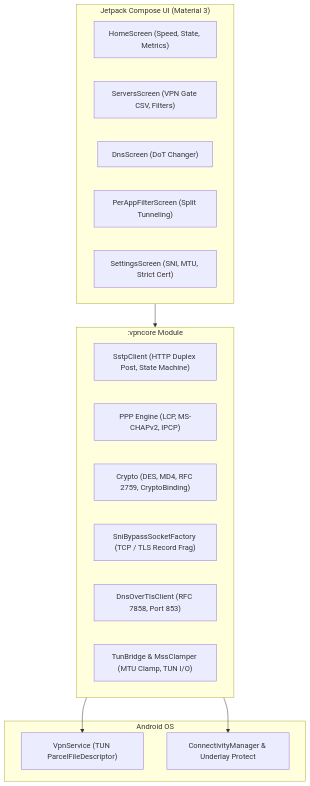
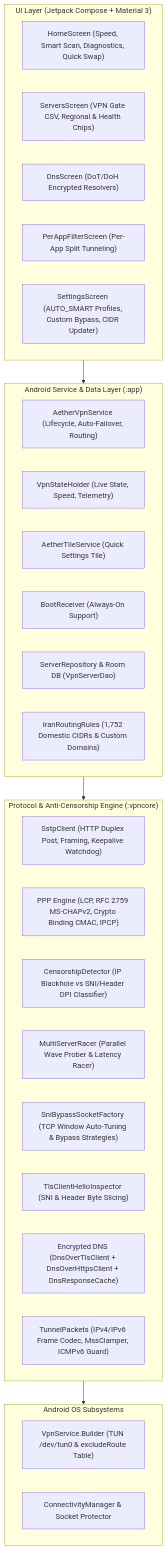
One commit to hadi3146/vpn changed the diagram in README.md. Above: the diagram before and after it, drawn with Mermaid. The commit also changed other lines of this file and 110 other files, not shown here.

Commit message:
feat: Implement SoftEther Native Multi-TCP protocol, GitHub mirror priority fetching, and live verification

````diff
--- a/README.md
+++ b/README.md
@@ -7,28 +42,39 @@
 ```mermaid
 flowchart TD
-    subgraph UI ["Jetpack Compose UI (Material 3)"]
-        Home["HomeScreen (Speed, State, Metrics)"]
-        Servers["ServersScreen (VPN Gate CSV, Filters)"]
-        DNS["DnsScreen (DoT Changer)"]
-        Apps["PerAppFilterScreen (Split Tunneling)"]
-        Settings["SettingsScreen (SNI, MTU, Strict Cert)"]
+    subgraph UI ["UI Layer (Jetpack Compose + Material 3)"]
+        Home["HomeScreen (Speed, Smart Scan, Diagnostics, Quick Swap)"]
+        Servers["ServersScreen (VPN Gate CSV, Regional & Health Chips)"]
+        DNS["DnsScreen (DoT/DoH Encrypted Resolvers)"]
+        Apps["PerAppFilterScreen (Per-App Split Tunneling)"]
+        Settings["SettingsScreen (AUTO_SMART Profiles, Custom Bypass, CIDR Updater)"]
     end
 
-    subgraph Core [":vpncore Module"]
-        SSTP["SstpClient (HTTP Duplex Post, State Machine)"]
-        PPP["PPP Engine (LCP, MS-CHAPv2, IPCP)"]
-        Crypto["Crypto (DES, MD4, RFC 2759, CryptoBinding)"]
-        SNI["SniBypassSocketFactory (TCP / TLS Record Frag)"]
-        DoT["DnsOverTlsClient (RFC 7858, Port 853)"]
-        TunBridge["TunBridge & MssClamper (MTU Clamp, TUN I/O)"]
+    subgraph AppService ["Android Service & Data Layer (:app)"]
+        VpnService["AetherVpnService (Lifecycle, Auto-Failover, Routing)"]
+        StateHolder["VpnStateHolder (Live State, Speed, Telemetry)"]
+        TileService["AetherTileService (Quick Settings Tile)"]
+        Boot["BootReceiver (Always-On Support)"]
+        Repo["ServerRepository & Room DB (VpnServerDao)"]
+        Rules["IranRoutingRules (1,752 Domestic CIDRs & Custom Domains)"]
     end
 
-    subgraph AndroidOS ["Android OS"]
-        VpnService["VpnService (TUN ParcelFileDescriptor)"]
-        NetCallback["ConnectivityManager & Underlay Protect"]
+    subgraph CoreEngine ["Protocol & Anti-Censorship Engine (:vpncore)"]
+        SSTP["SstpClient (HTTP Duplex Post, Framing, Keepalive Watchdog)"]
+        PPP["PPP Engine (LCP, RFC 2759 MS-CHAPv2, Crypto Binding CMAC, IPCP)"]
+        Censorship["CensorshipDetector (IP Blackhole vs SNI/Header DPI Classifier)"]
+        Racer["MultiServerRacer (Parallel Wave Prober & Latency Racer)"]
+        SNIFactory["SniBypassSocketFactory (TCP Window Auto-Tuning & Bypass Strategies)"]
+        Inspector["TlsClientHelloInspector (SNI & Header Byte Slicing)"]
+        DoTDoH["Encrypted DNS (DnsOverTlsClient + DnsOverHttpsClient + DnsResponseCache)"]
+        TunEngine["TunnelPackets (IPv4/IPv6 Frame Codec, MssClamper, ICMPv6 Guard)"]
     end
 
-    UI --> Core
-    Core --> VpnService
-    Core --> NetCallback
+    subgraph AndroidOS ["Android OS Subsystems"]
+        VpnInterface["VpnService.Builder (TUN /dev/tun0 & excludeRoute Table)"]
+        Connectivity["ConnectivityManager & Socket Protector"]
+    end
+
+    UI --> AppService
+    AppService --> CoreEngine
+    CoreEngine --> AndroidOS
 ```
````
